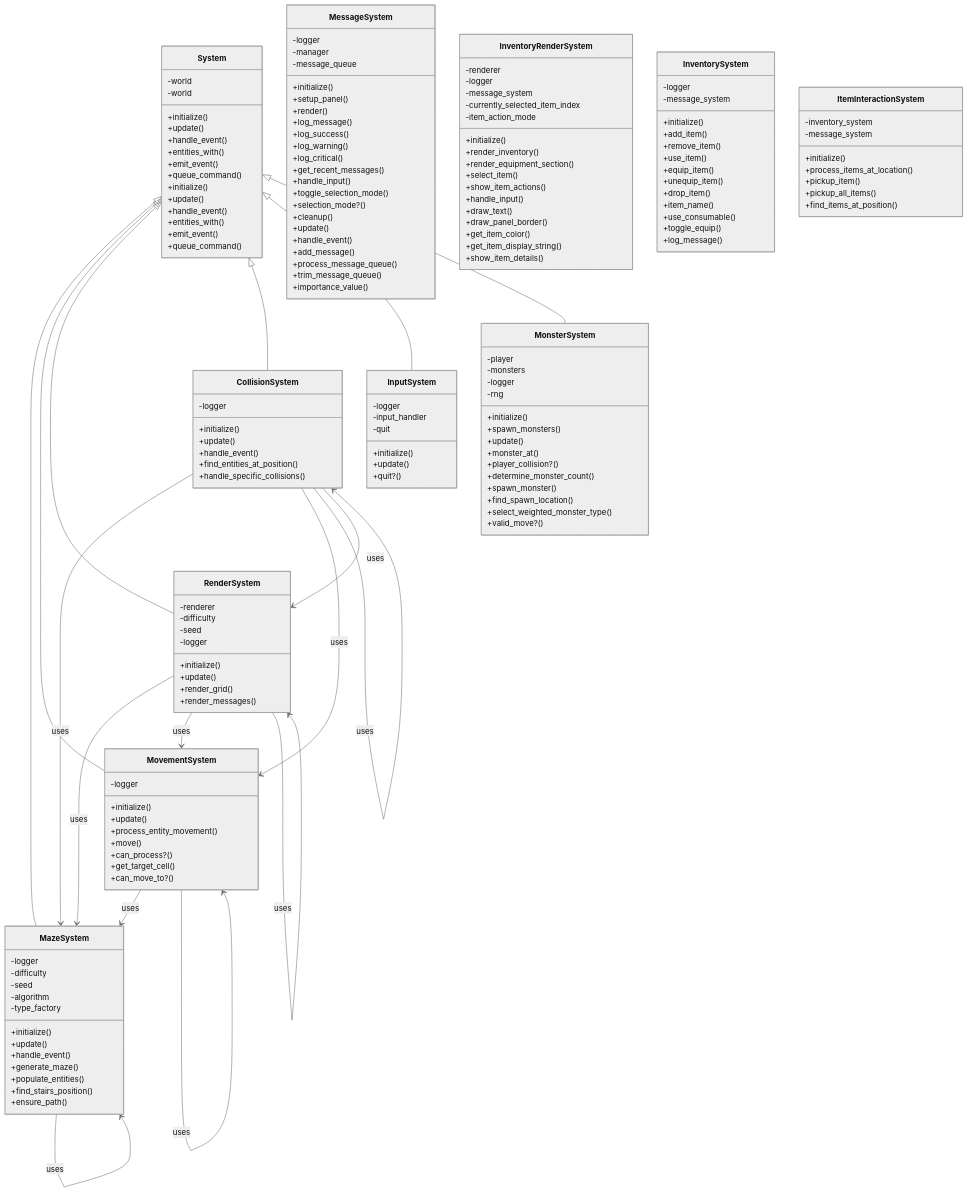
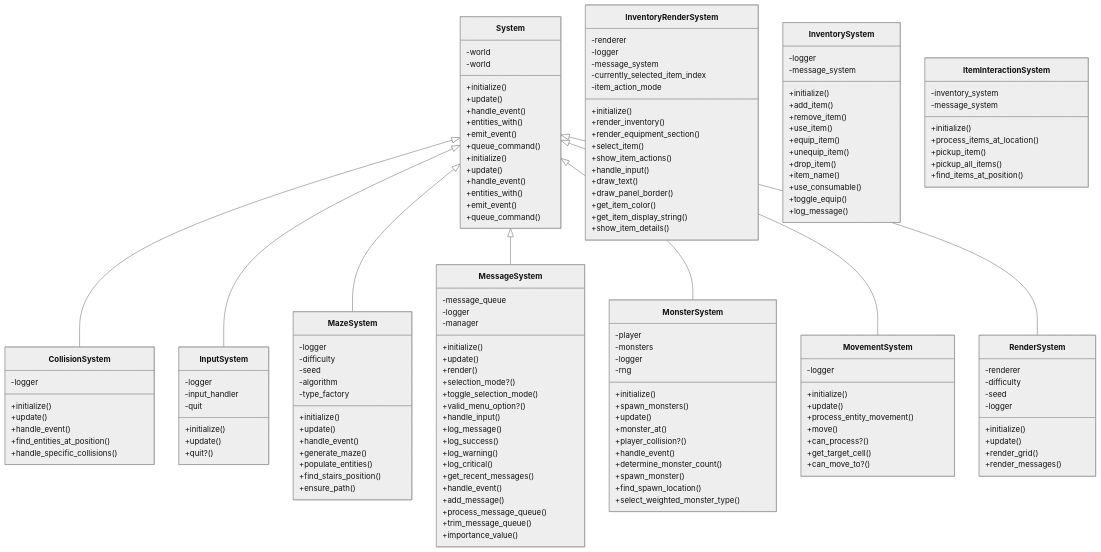
One commit to Davidslv/vanilla-roguelike changed the diagram in documents/diagrams/systems.mmd. Above: the diagram before and after it, drawn with Mermaid (neutral theme). The commit also changed 2 other files, not shown here.

Commit message:
Diagrams

```diff
--- a/documents/diagrams/systems.mmd
+++ b/documents/diagrams/systems.mmd
@@ -1,171 +1,161 @@
 classDiagram
   subgraph Core
     class System {
       -world
       +initialize()
       +update()
       +handle_event()
       +entities_with()
       +emit_event()
       +queue_command()
     }
   end
   subgraph Systems
-    class MazeSystem {
-      -logger
-      -difficulty
-      -seed
-      -algorithm
-      -type_factory
-      +initialize()
-      +update()
-      +handle_event()
-      +generate_maze()
-      +populate_entities()
-      +find_stairs_position()
-      +ensure_path()
-    }
-    System <|-- MazeSystem
-    class MovementSystem {
-      -logger
-      +initialize()
-      +update()
-      +process_entity_movement()
-      +move()
-      +can_process?()
-      +get_target_cell()
-      +can_move_to?()
-    }
-    System <|-- MovementSystem
-    class RenderSystem {
-      -renderer
-      -difficulty
-      -seed
-      -logger
-      +initialize()
-      +update()
-      +render_grid()
-      +render_messages()
-    }
-    System <|-- RenderSystem
     class CollisionSystem {
       -logger
       +initialize()
       +update()
       +handle_event()
       +find_entities_at_position()
       +handle_specific_collisions()
     }
     System <|-- CollisionSystem
-    class MessageSystem {
-      -logger
-      -manager
-      -message_queue
-      +initialize()
-      +setup_panel()
-      +render()
-      +log_message()
-      +log_success()
-      +log_warning()
-      +log_critical()
-      +get_recent_messages()
-      +handle_input()
-      +toggle_selection_mode()
-      +selection_mode?()
-      +cleanup()
-      +update()
-      +handle_event()
-      +add_message()
-      +process_message_queue()
-      +trim_message_queue()
-      +importance_value()
-    }
     class InputSystem {
       -logger
       -input_handler
       -quit
       +initialize()
       +update()
       +quit?()
     }
     System <|-- InputSystem
     class InventoryRenderSystem {
       -renderer
       -logger
       -message_system
       -currently_selected_item_index
       -item_action_mode
       +initialize()
       +render_inventory()
       +render_equipment_section()
       +select_item()
       +show_item_actions()
       +handle_input()
       +draw_text()
       +draw_panel_border()
       +get_item_color()
       +get_item_display_string()
       +show_item_details()
     }
     class InventorySystem {
       -logger
       -message_system
       +initialize()
       +add_item()
       +remove_item()
       +use_item()
       +equip_item()
       +unequip_item()
       +drop_item()
       +item_name()
       +use_consumable()
       +toggle_equip()
       +log_message()
     }
     class ItemInteractionSystem {
       -inventory_system
       -message_system
       +initialize()
       +process_items_at_location()
       +pickup_item()
       +pickup_all_items()
       +find_items_at_position()
     }
+    class MazeSystem {
+      -logger
+      -difficulty
+      -seed
+      -algorithm
+      -type_factory
+      +initialize()
+      +update()
+      +handle_event()
+      +generate_maze()
+      +populate_entities()
+      +find_stairs_position()
+      +ensure_path()
+    }
+    System <|-- MazeSystem
+    class MessageSystem {
+      -message_queue
+      -logger
+      -manager
+      +initialize()
+      +update()
+      +render()
+      +selection_mode?()
+      +toggle_selection_mode()
+      +valid_menu_option?()
+      +handle_input()
+      +log_message()
+      +log_success()
+      +log_warning()
+      +log_critical()
+      +get_recent_messages()
+      +handle_event()
+      +add_message()
+      +process_message_queue()
+      +trim_message_queue()
+      +importance_value()
+    }
+    System <|-- MessageSystem
     class MonsterSystem {
       -player
       -monsters
       -logger
       -rng
       +initialize()
       +spawn_monsters()
       +update()
       +monster_at()
       +player_collision?()
+      +handle_event()
       +determine_monster_count()
       +spawn_monster()
       +find_spawn_location()
       +select_weighted_monster_type()
-      +valid_move?()
     }
     System <|-- MonsterSystem
+    class MovementSystem {
+      -logger
+      +initialize()
+      +update()
+      +process_entity_movement()
+      +move()
+      +can_process?()
+      +get_target_cell()
+      +can_move_to?()
+    }
+    System <|-- MovementSystem
+    class RenderSystem {
+      -renderer
+      -difficulty
+      -seed
+      -logger
+      +initialize()
+      +update()
+      +render_grid()
+      +render_messages()
+    }
+    System <|-- RenderSystem
     class System {
       -world
       +initialize()
       +update()
       +handle_event()
       +entities_with()
       +emit_event()
       +queue_command()
     }
   end
   %% Relationships
-  MazeSystem --> MazeSystem : uses
-  MovementSystem --> MazeSystem : uses
-  MovementSystem --> MovementSystem : uses
-  RenderSystem --> MazeSystem : uses
-  RenderSystem --> MovementSystem : uses
-  RenderSystem --> RenderSystem : uses
-  CollisionSystem --> MazeSystem : uses
-  CollisionSystem --> MovementSystem : uses
-  CollisionSystem --> CollisionSystem : uses
-  CollisionSystem --> RenderSystem : uses
```
